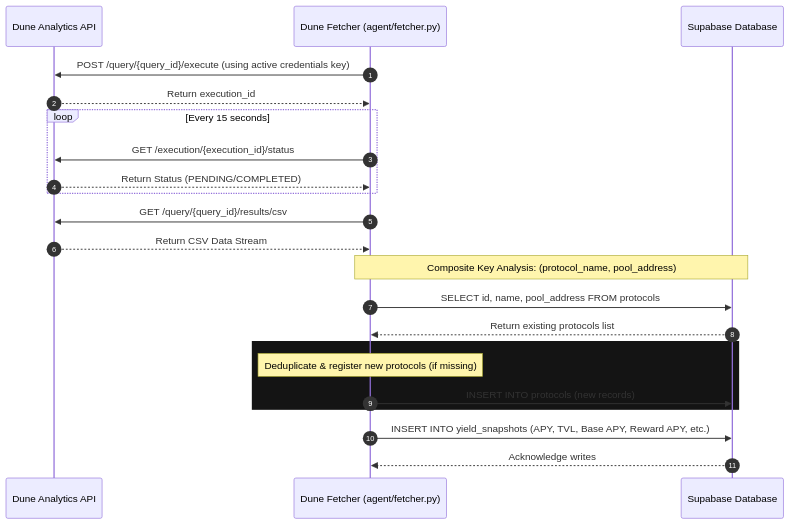
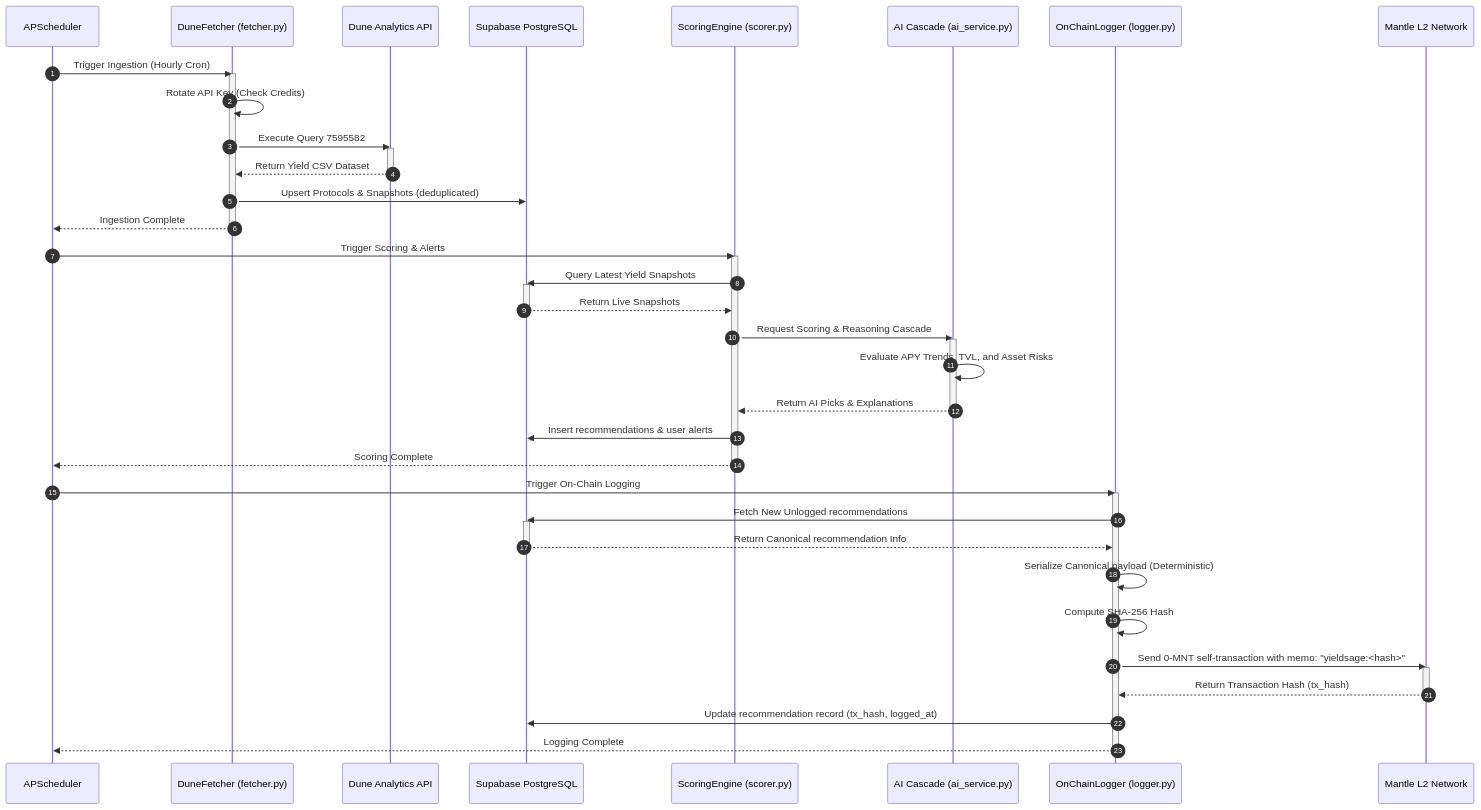
Before and after one commit to joshuatochinwachi/Yield-Sage: the second of 4 diagrams in docs/system_architecture.md, drawn with Mermaid. The commit also changed other lines of this file and 12 other files, not shown here.

````diff
--- a/docs/system_architecture.md
+++ b/docs/system_architecture.md
@@ -67,28 +78,57 @@
 ```mermaid
 sequenceDiagram
     autonumber
+    participant S as APScheduler
+    participant F as DuneFetcher (fetcher.py)
     participant D as Dune Analytics API
-    participant F as Dune Fetcher (agent/fetcher.py)
-    participant DB as Supabase Database
-    
-    F->>D: POST /query/{query_id}/execute (using active credentials key)
-    D-->>F: Return execution_id
-    loop Every 15 seconds
-        F->>D: GET /execution/{execution_id}/status
-        D-->>F: Return Status (PENDING/COMPLETED)
-    end
-    F->>D: GET /query/{query_id}/results/csv
-    D-->>F: Return CSV Data Stream
-    
-    Note over F,DB: Composite Key Analysis: (protocol_name, pool_address)
-    F->>DB: SELECT id, name, pool_address FROM protocols
-    DB-->>F: Return existing protocols list
-    
-    rect rgb(20, 20, 20)
-        Note over F: Deduplicate & register new protocols (if missing)
-        F->>DB: INSERT INTO protocols (new records)
-    end
-    
-    F->>DB: INSERT INTO yield_snapshots (APY, TVL, Base APY, Reward APY, etc.)
-    DB-->>F: Acknowledge writes
+    participant DB as Supabase PostgreSQL
+    participant E as ScoringEngine (scorer.py)
+    participant AI as AI Cascade (ai_service.py)
+    participant L as OnChainLogger (logger.py)
+    participant M as Mantle L2 Network
+
+    %% Ingestion phase
+    S->>F: Trigger Ingestion (Hourly Cron)
+    activate F
+    F->>F: Rotate API Key (Check Credits)
+    F->>D: Execute Query 7595582
+    activate D
+    D-->>F: Return Yield CSV Dataset
+    deactivate D
+    F->>DB: Upsert Protocols & Snapshots (deduplicated)
+    F-->>S: Ingestion Complete
+    deactivate F
+
+    %% Scoring phase
+    S->>E: Trigger Scoring & Alerts
+    activate E
+    E->>DB: Query Latest Yield Snapshots
+    activate DB
+    DB-->>E: Return Live Snapshots
+    deactivate DB
+    E->>AI: Request Scoring & Reasoning Cascade
+    activate AI
+    AI->>AI: Evaluate APY Trends, TVL, and Asset Risks
+    AI-->>E: Return AI Picks & Explanations
+    deactivate AI
+    E->>DB: Insert recommendations & user alerts
+    E-->>S: Scoring Complete
+    deactivate E
+
+    %% On-Chain logging phase
+    S->>L: Trigger On-Chain Logging
+    activate L
+    L->>DB: Fetch New Unlogged recommendations
+    activate DB
+    DB-->>L: Return Canonical recommendation Info
+    deactivate DB
+    L->>L: Serialize Canonical payload (Deterministic)
+    L->>L: Compute SHA-256 Hash
+    L->>M: Send 0-MNT self-transaction with memo: "yieldsage:<hash>"
+    activate M
+    M-->>L: Return Transaction Hash (tx_hash)
+    deactivate M
+    L->>DB: Update recommendation record (tx_hash, logged_at)
+    L-->>S: Logging Complete
+    deactivate L
 ```
````
